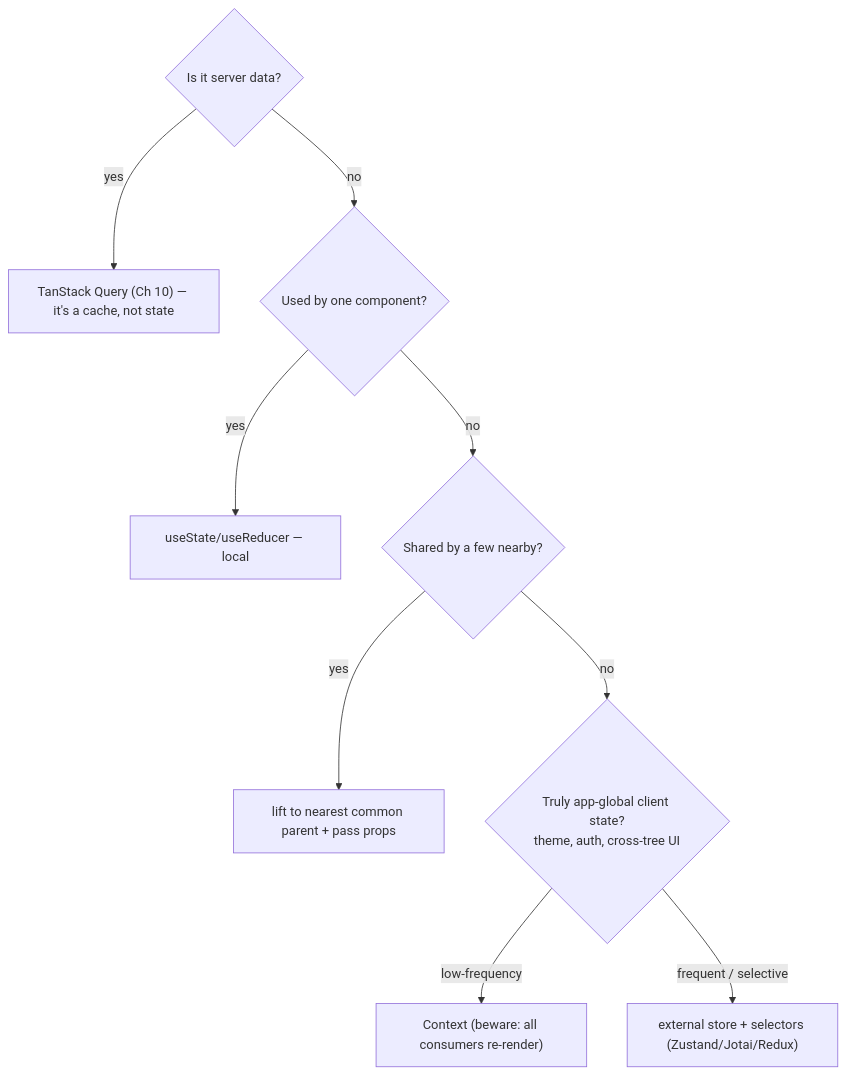
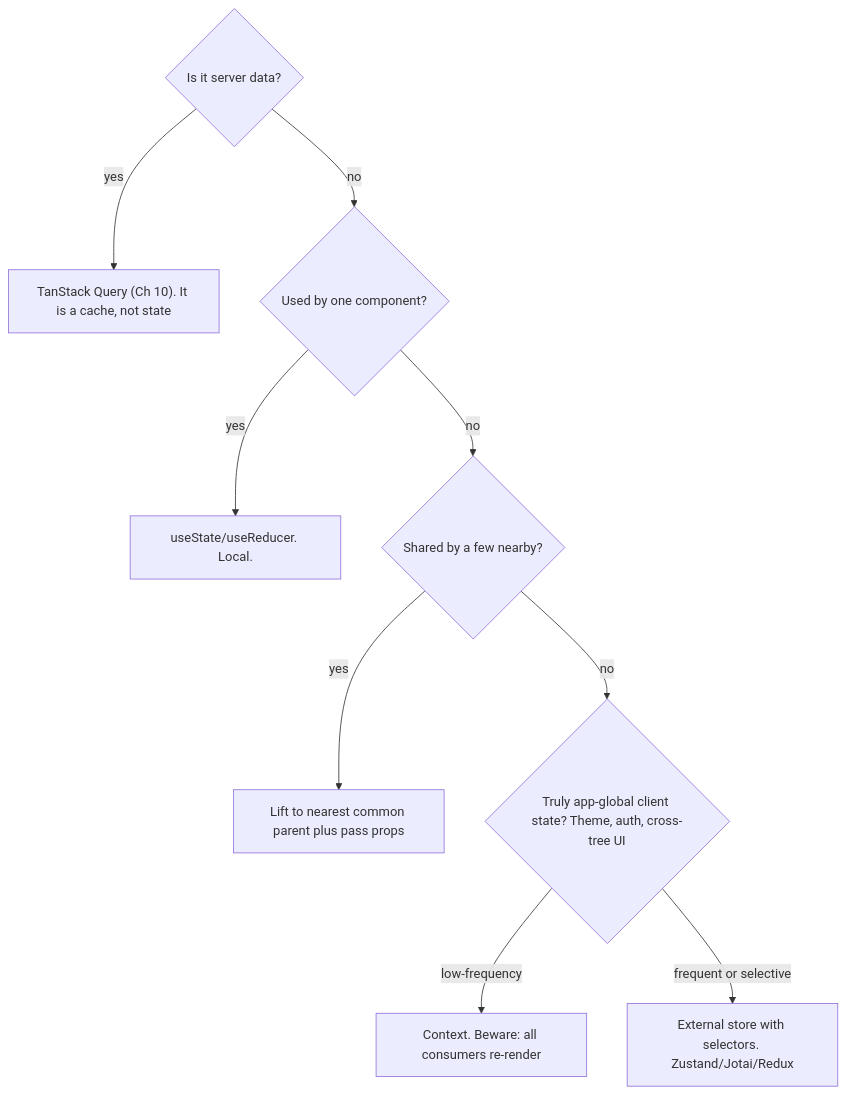
The diagram in packages/content/content/11-architecture.mdx (ashishxcode/frontend-internals), drawn with Mermaid before and after one commit. The commit also changed other lines of this file and 29 other files, not shown here.

Commit message:
rewrite: roadmap engineer-to-engineer + all 34 chapters new spec

````diff
--- a/packages/content/content/11-architecture.mdx
+++ b/packages/content/content/11-architecture.mdx
@@ -54,11 +28,11 @@
 ```mermaid
 flowchart TD
-  q1{Is it server data?} -->|yes| server["TanStack Query (Ch 10) — it's a cache, not state"]
+  q1{Is it server data?} -->|yes| server["TanStack Query (Ch 10). It is a cache, not state"]
   q1 -->|no| q2{Used by one component?}
-  q2 -->|yes| local["useState/useReducer — local"]
+  q2 -->|yes| local["useState/useReducer. Local."]
   q2 -->|no| q3{Shared by a few nearby?}
-  q3 -->|yes| lift["lift to nearest common parent + pass props"]
-  q3 -->|no| q4{Truly app-global client state?<br/>theme, auth, cross-tree UI}
-  q4 -->|low-frequency| ctx["Context (beware: all consumers re-render)"]
-  q4 -->|frequent / selective| store["external store + selectors (Zustand/Jotai/Redux)"]
+  q3 -->|yes| lift["Lift to nearest common parent plus pass props"]
+  q3 -->|no| q4{Truly app-global client state? Theme, auth, cross-tree UI}
+  q4 -->|low-frequency| ctx["Context. Beware: all consumers re-render"]
+  q4 -->|frequent or selective| store["External store with selectors. Zustand/Jotai/Redux"]
 ```
````
